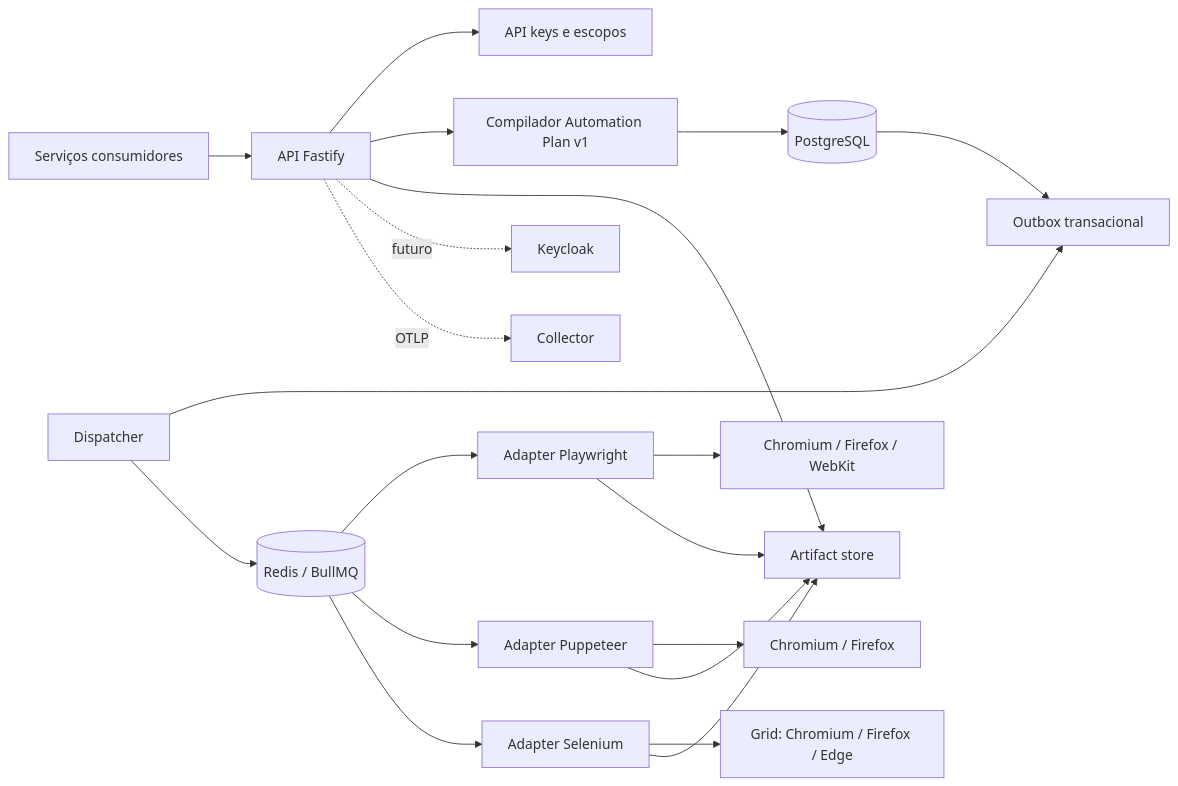
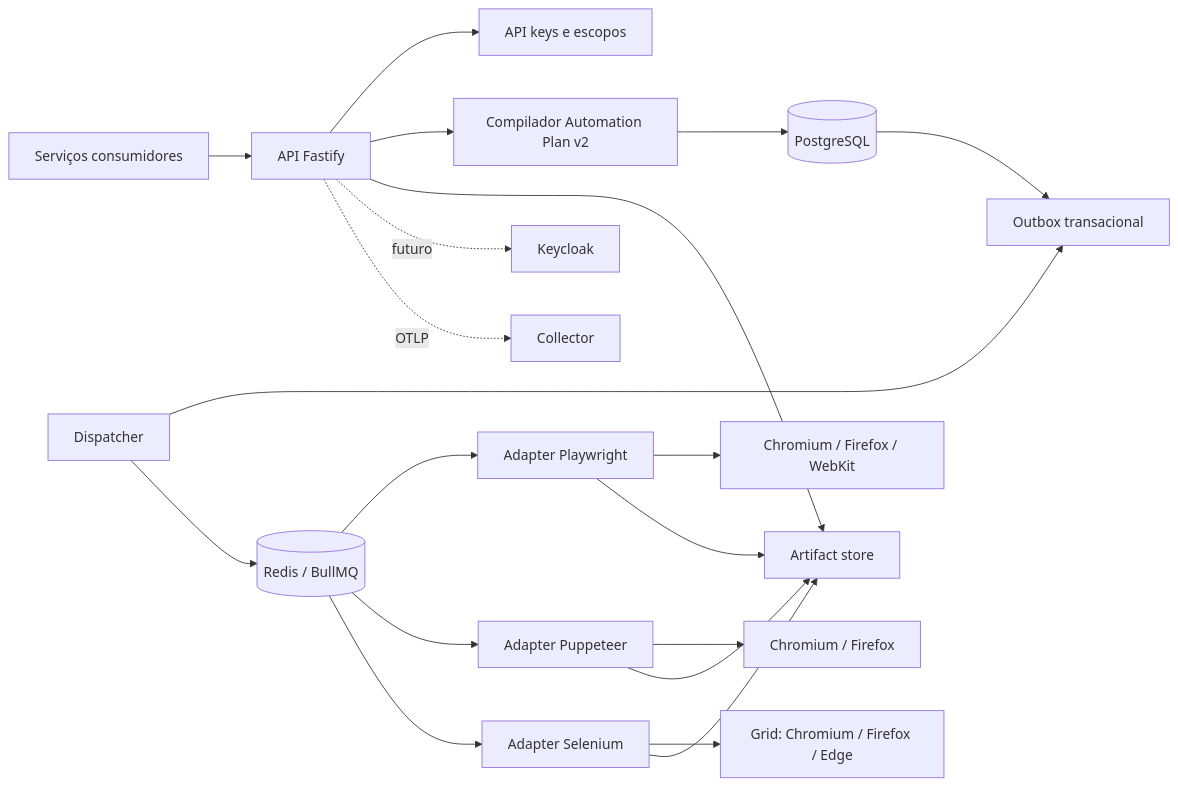
One commit to HenriqueBuzin/browser-automation-service changed the diagram in docs/architecture.md. Above: the diagram before and after it, drawn with Mermaid. The commit also changed other lines of this file and 11 other files, not shown here.

````diff
--- a/docs/architecture.md
+++ b/docs/architecture.md
@@ -5,22 +5,22 @@
 ```mermaid
 flowchart LR
     C["Serviços consumidores"] --> API["API Fastify"]
     API --> AUTH["API keys e escopos"]
-    API --> COMP["Compilador Automation Plan v1"]
+    API --> COMP["Compilador Automation Plan v2"]
     COMP --> PG[("PostgreSQL")]
     PG --> OUT["Outbox transacional"]
     DISP["Dispatcher"] --> OUT
     DISP --> REDIS[("Redis / BullMQ")]
     REDIS --> WP["Adapter Playwright"]
     REDIS --> WPP["Adapter Puppeteer"]
     REDIS --> WS["Adapter Selenium"]
     WP --> B1["Chromium / Firefox / WebKit"]
     WPP --> B2["Chromium / Firefox"]
     WS --> GRID["Grid: Chromium / Firefox / Edge"]
     WP --> ART["Artifact store"]
     WPP --> ART
     WS --> ART
     API --> ART
     API -. "futuro" .-> KC["Keycloak"]
     API -. "OTLP" .-> OBS["Collector"]
 ```
````
